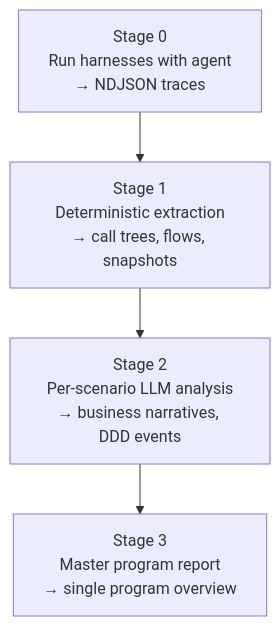
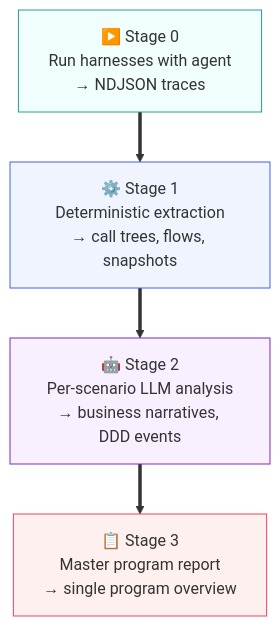
Before and after one commit to asengupta/avishek.net: the second of 11 diagrams in _posts/2026-04-09-reverse-engineering-legacy-natural-programs-with-test-harnesses.md, drawn with Mermaid. The commit also changed other lines of this file and 3 other files, not shown here.

First line of the commit message:
docs: expand JOBOL blog post with Day 9 Ralph Loop, timeline, and CSS print fixes

````diff
--- a/_posts/2026-04-09-reverse-engineering-legacy-natural-programs-with-test-harnesses.md
+++ b/_posts/2026-04-09-reverse-engineering-legacy-natural-programs-with-test-harnesses.md
@@ -197,7 +207,12 @@
 ```mermaid
 graph TB
-    S0["Stage 0<br/>Run harnesses with agent<br/>→ NDJSON traces"] --> S1
-    S1["Stage 1<br/>Deterministic extraction<br/>→ call trees, flows, snapshots"] --> S2
-    S2["Stage 2<br/>Per-scenario LLM analysis<br/>→ business narratives, DDD events"] --> S3
-    S3["Stage 3<br/>Master program report<br/>→ single program overview"]
+    S0["▶️ Stage 0<br/>Run harnesses with agent<br/>→ NDJSON traces"] ==> S1
+    S1["⚙️ Stage 1<br/>Deterministic extraction<br/>→ call trees, flows, snapshots"] ==> S2
+    S2["🤖 Stage 2<br/>Per-scenario LLM analysis<br/>→ business narratives, DDD events"] ==> S3
+    S3["📋 Stage 3<br/>Master program report<br/>→ single program overview"]
+
+    style S0 fill:#f0fffe,stroke:#2a9d8f,color:#333
+    style S1 fill:#f0f4ff,stroke:#4361ee,color:#333
+    style S2 fill:#f8f0ff,stroke:#7b2cbf,color:#333
+    style S3 fill:#fff0f0,stroke:#e94560,color:#333
 ```
````
